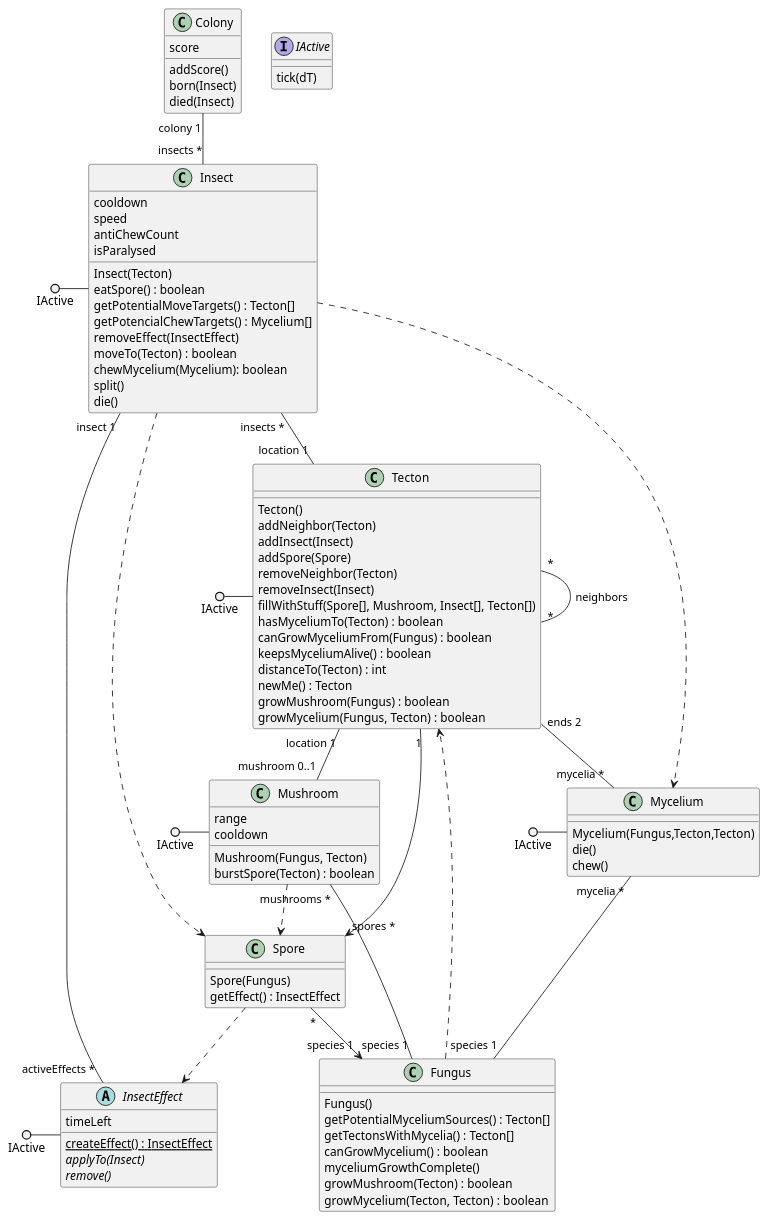
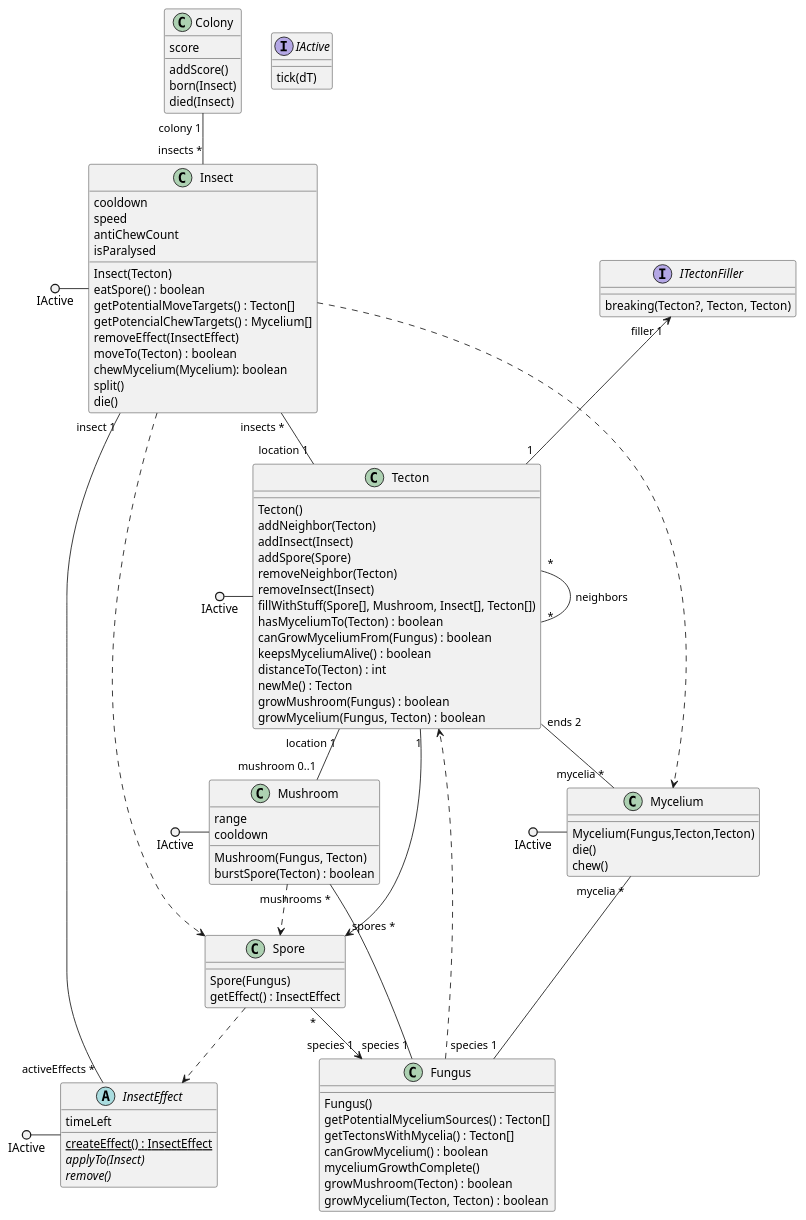
One commit to ZD4ve/projlab-error521 changed the diagram in SeqAndClassDiagrams/classes.puml. Above: the diagram before and after it, drawn with PlantUML. The commit also changed 3 other files, not shown here.

```diff
--- a/SeqAndClassDiagrams/classes.puml
+++ b/SeqAndClassDiagrams/classes.puml
@@ -1,102 +1,108 @@
 @startuml classes
 interface IActive {
     tick(dT)
 }
 class Tecton {
     Tecton()
     addNeighbor(Tecton)
     addInsect(Insect)
     addSpore(Spore)
     removeNeighbor(Tecton)
     removeInsect(Insect)
     fillWithStuff(Spore[], Mushroom, Insect[], Tecton[])
     hasMyceliumTo(Tecton) : boolean
     canGrowMyceliumFrom(Fungus) : boolean
     keepsMyceliumAlive() : boolean
     distanceTo(Tecton) : int
     newMe() : Tecton
     growMushroom(Fungus) : boolean
     growMycelium(Fungus, Tecton) : boolean
 }
 class Fungus {
     Fungus()
     getPotentialMyceliumSources() : Tecton[]
     getTectonsWithMycelia() : Tecton[]
     canGrowMycelium() : boolean
     myceliumGrowthComplete()
     growMushroom(Tecton) : boolean
     growMycelium(Tecton, Tecton) : boolean
 }
 class Mycelium {
     Mycelium(Fungus,Tecton,Tecton)
     die()
     chew()
 }
 class Mushroom {
     range
     cooldown
     Mushroom(Fungus, Tecton)
     burstSpore(Tecton) : boolean
 }
 class Spore {
     Spore(Fungus)
     getEffect() : InsectEffect
 }
 class Insect {
     cooldown
     speed
     antiChewCount
     isParalysed
     Insect(Tecton)
     eatSpore() : boolean
     getPotentialMoveTargets() : Tecton[]
     getPotencialChewTargets() : Mycelium[]
     removeEffect(InsectEffect)
     moveTo(Tecton) : boolean
     chewMycelium(Mycelium): boolean
     split()
     die()
 }
 abstract InsectEffect {
     timeLeft
     {static} createEffect() : InsectEffect
     {abstract} applyTo(Insect)
     {abstract} remove()
 }
 
 IActive ()- Tecton
 IActive ()- Mushroom
 IActive ()- Mycelium
 IActive ()- Insect
 IActive ()- InsectEffect
 
 Tecton "*" -- "*" Tecton : neighbors
 Tecton "ends 2" -- "mycelia *" Mycelium
 Tecton "1" --> "spores *" Spore
 Tecton "location 1" -- "mushroom 0..1" Mushroom
 
 Mycelium "mycelia *" -- "species 1" Fungus
 Insect "insect 1" -- "activeEffects *" InsectEffect
 Insect "insects *" -- "location 1" Tecton
 Fungus "species 1" -- "mushrooms *" Mushroom
 Spore "*" --> "species 1" Fungus
 
 Fungus ..> Tecton
 Spore ..> InsectEffect
 Insect ..> Mycelium
 Insect ..> Spore
 Mushroom ..> Spore
 
 
 
 'Added after view design
 'TODO fix this diagram, add missing stuff
 class Colony{
     score
     addScore()
     born(Insect)
     died(Insect)
 }
 
 Colony "colony 1" -- "insects *" Insect
+
+interface ITectonFiller{
+    breaking(Tecton?, Tecton, Tecton)
+} 
+ITectonFiller "filler 1" <-- "1" Tecton
+
 @enduml
```
